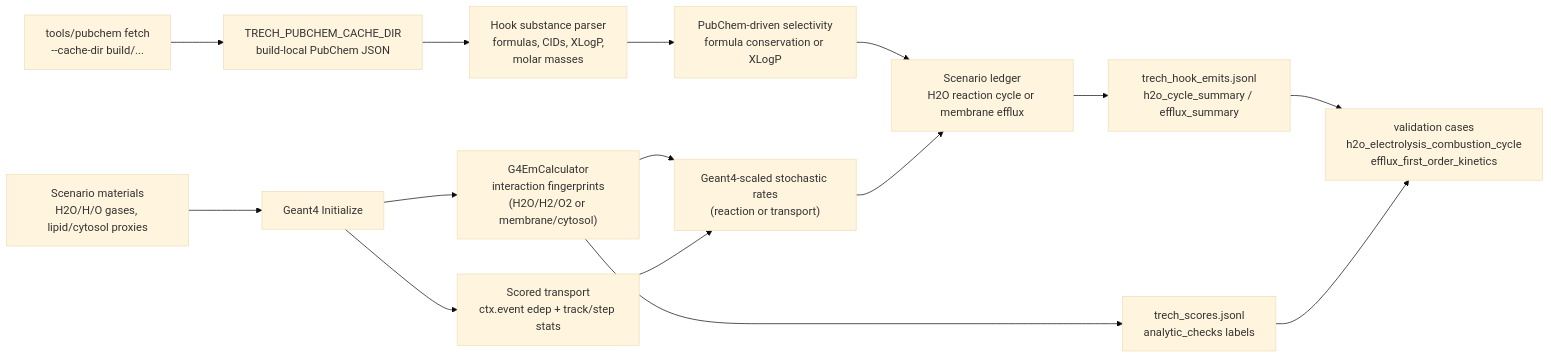
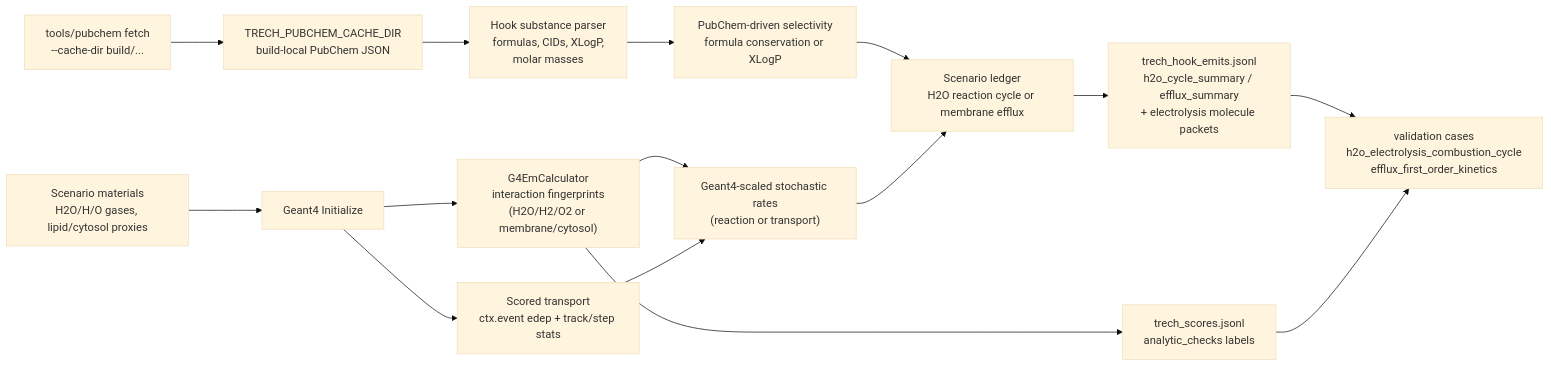
One commit to Geckos-Ink/trech changed the fourth of 12 diagrams in CHARTS.md. Above: the diagram before and after it, drawn with Mermaid (base theme). The commit also changed other lines of this file and 17 other files, not shown here.

````diff
--- a/CHARTS.md
+++ b/CHARTS.md
@@ -87,17 +87,17 @@
 ```mermaid
 flowchart LR
   FETCH["tools/pubchem fetch\n--cache-dir build/..."] --> CACHE["TRECH_PUBCHEM_CACHE_DIR\nbuild-local PubChem JSON"]
   CACHE --> FORM["Hook substance parser\nformulas, CIDs, XLogP,\nmolar masses"]
   CFGMAT["Scenario materials\nH2O/H/O gases, lipid/cytosol proxies"] --> G4INIT["Geant4 Initialize"]
   G4INIT --> EMC2["G4EmCalculator\ninteraction fingerprints\n(H2O/H2/O2 or membrane/cytosol)"]
   G4INIT --> ETRAN["Scored transport\nctx.event edep + track/step stats"]
   EMC2 --> RATE["Geant4-scaled stochastic rates\n(reaction or transport)"]
   ETRAN --> RATE
   FORM --> SELECT["PubChem-driven selectivity\nformula conservation or XLogP"]
   SELECT --> LEDGER["Scenario ledger\nH2O reaction cycle or membrane efflux"]
   RATE --> LEDGER
-  LEDGER --> EMITS["trech_hook_emits.jsonl\nh2o_cycle_summary / efflux_summary"]
+  LEDGER --> EMITS["trech_hook_emits.jsonl\nh2o_cycle_summary / efflux_summary\n+ electrolysis molecule packets"]
   EMC2 --> SCORES["trech_scores.jsonl\nanalytic_checks labels"]
   EMITS --> VAL["validation cases\nh2o_electrolysis_combustion_cycle\nefflux_first_order_kinetics"]
   SCORES --> VAL
 ```
````
